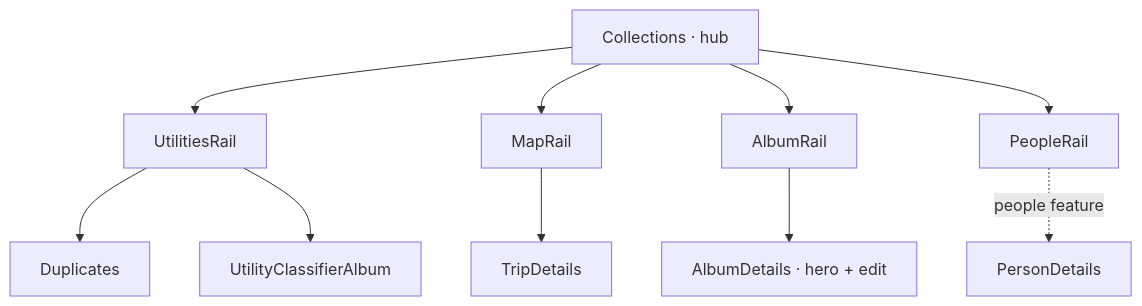
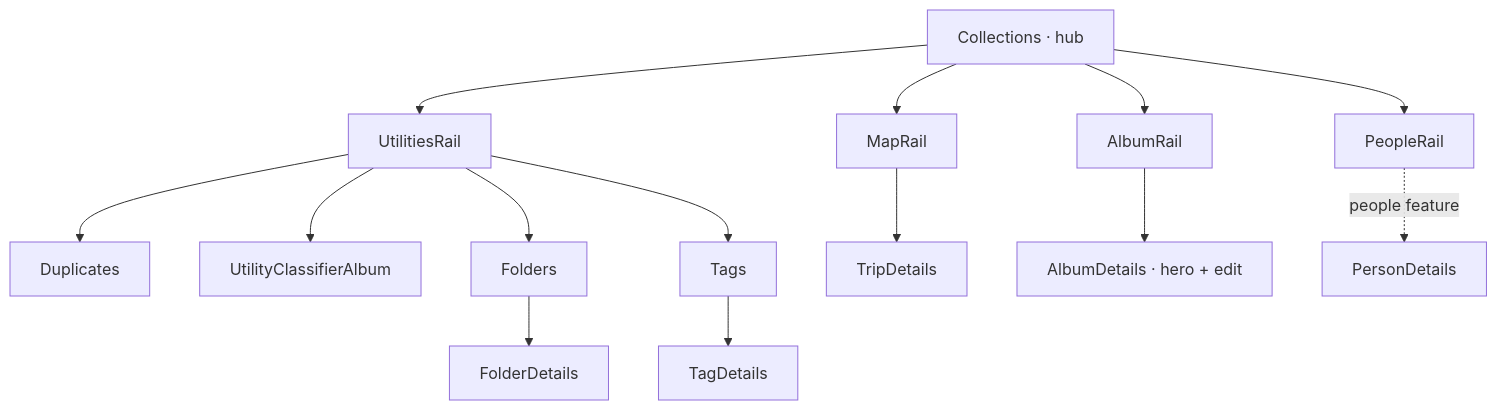
Before and after one commit to EdwinZhanCN/Lumilio-Photos: the diagram in web/src/features/collections/doc.md, drawn with Mermaid. The commit also changed other lines of this file and 60 other files, not shown here.

First line of the commit message:
Add folders and tags browsing with owner-scoped browse scope

````diff
--- a/web/src/features/collections/doc.md
+++ b/web/src/features/collections/doc.md
@@ -35,9 +53,11 @@
 ```mermaid
 flowchart TD
     HUB["Collections · hub"]
     HUB --> UR["UtilitiesRail"] --> DUP["Duplicates"]
     UR --> UCA["UtilityClassifierAlbum"]
+    UR --> FLD["Folders"] --> FD["FolderDetails"]
+    UR --> TGS["Tags"] --> TD2["TagDetails"]
     HUB --> MR["MapRail"] --> TD["TripDetails"]
     HUB --> AR["AlbumRail"] --> AD["AlbumDetails · hero + edit"]
     HUB --> PR["PeopleRail"] -.->|people feature| PERSON["PersonDetails"]
 ```
````
